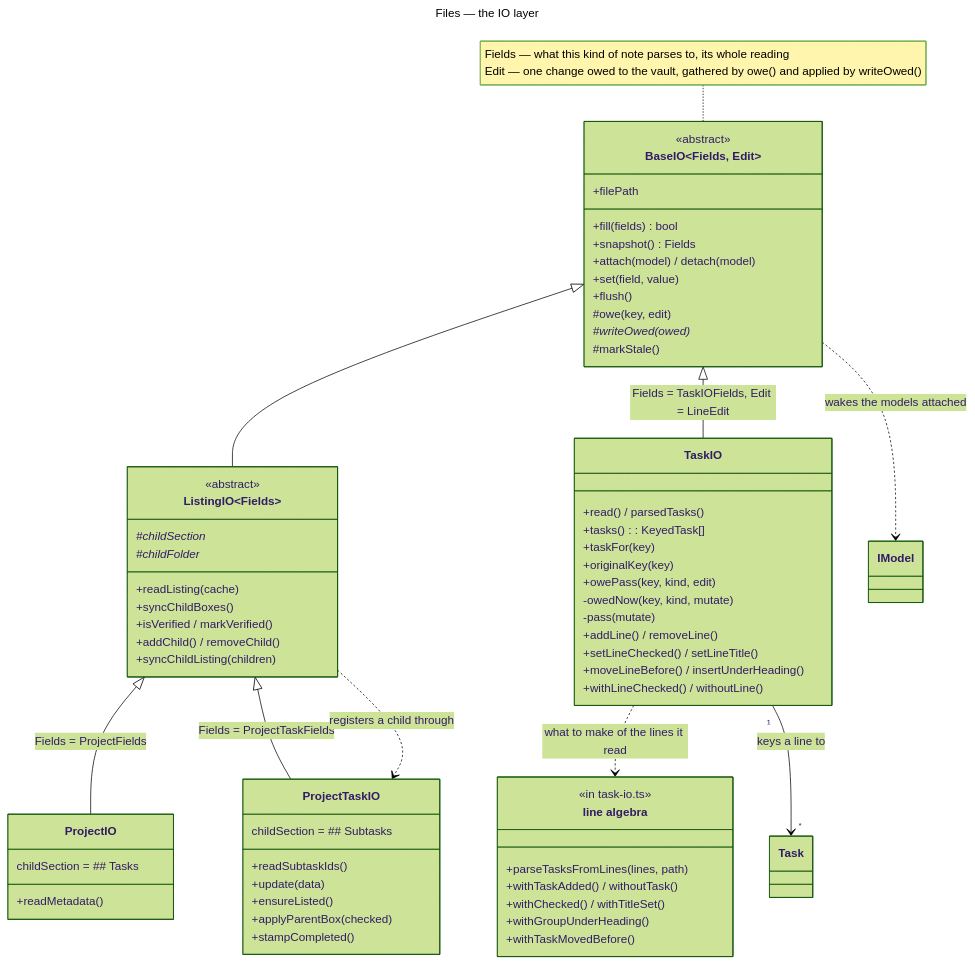
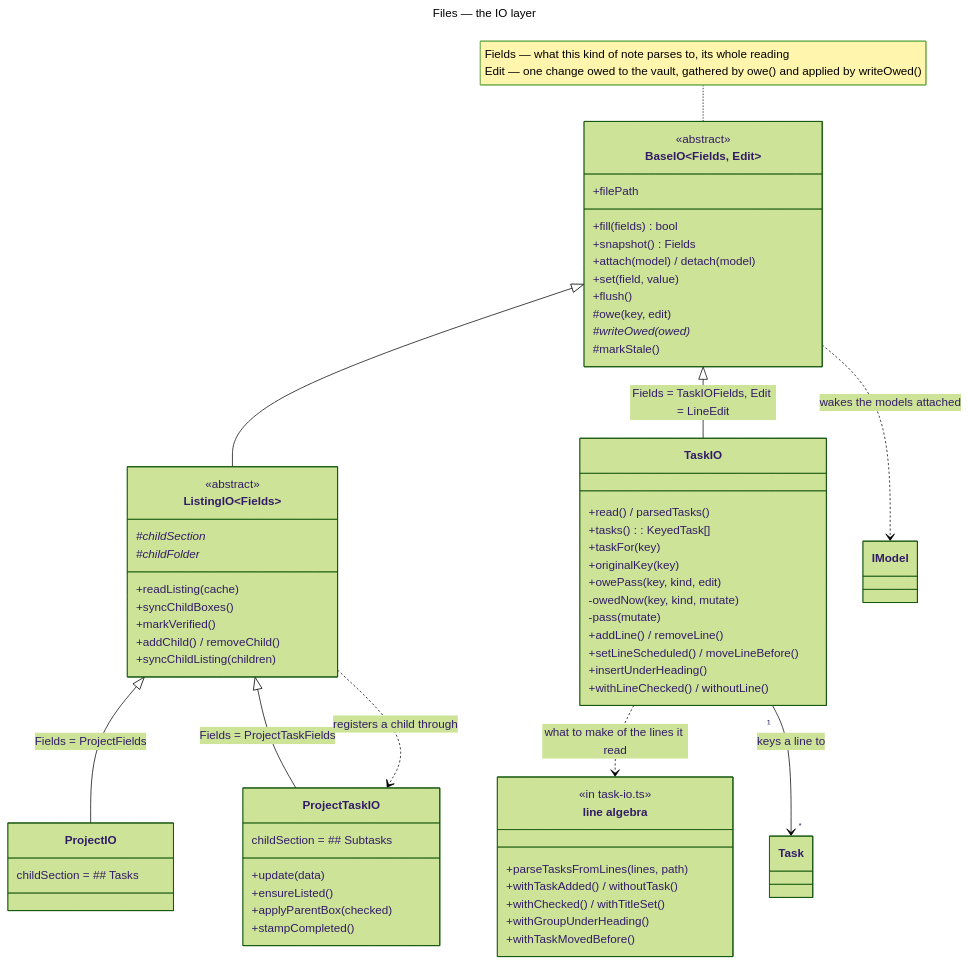
Before and after one commit to Laurent-Ferier/pm-compass: the diagram in docs/technical/diagrams/files.mmd, drawn with Mermaid (forest theme). The commit also changed 35 other files, not shown here.

```diff
--- a/docs/technical/diagrams/files.mmd
+++ b/docs/technical/diagrams/files.mmd
@@ -1,78 +1,76 @@
 ---
 title: Files — the IO layer
 ---
 classDiagram
   direction TB
 
   class BaseIO~Fields, Edit~ {
     <<abstract>>
     +filePath
     +fill(fields) bool
     +snapshot() Fields
     +attach(model) / detach(model)
     +set(field, value)
     +flush()
     #owe(key, edit)
     #writeOwed(owed)*
     #markStale()
   }
 
   class ListingIO~Fields~ {
     <<abstract>>
     +readListing(cache)
     +syncChildBoxes()
-    +isVerified / markVerified()
+    +markVerified()
     +addChild() / removeChild()
     +syncChildListing(children)
     #childSection*
     #childFolder*
   }
 
   class ProjectIO {
-    +readMetadata()
     childSection = ## Tasks
   }
 
   class ProjectTaskIO {
-    +readSubtaskIds()
     +update(data)
     +ensureListed()
     +applyParentBox(checked)
     +stampCompleted()
     childSection = ## Subtasks
   }
 
   class TaskIO {
     +read() / parsedTasks()
     +tasks(): KeyedTask[]
     +taskFor(key)
     +originalKey(key)
     +owePass(key, kind, edit)
     -owedNow(key, kind, mutate)
     -pass(mutate)
     +addLine() / removeLine()
-    +setLineChecked() / setLineTitle()
-    +moveLineBefore() / insertUnderHeading()
+    +setLineScheduled() / moveLineBefore()
+    +insertUnderHeading()
     +withLineChecked() / withoutLine()
   }
 
   class lineAlgebra["line algebra"] {
     <<in task-io.ts>>
     +parseTasksFromLines(lines, path)
     +withTaskAdded() / withoutTask()
     +withChecked() / withTitleSet()
     +withGroupUnderHeading()
     +withTaskMovedBefore()
   }
 
   note for BaseIO "Fields — what this kind of note parses to, its whole reading<br/>Edit — one change owed to the vault, gathered by owe() and applied by writeOwed()"
 
   BaseIO <|-- ListingIO
   BaseIO <|-- TaskIO : Fields = TaskIOFields, Edit = LineEdit
   ListingIO <|-- ProjectIO : Fields = ProjectFields
   ListingIO <|-- ProjectTaskIO : Fields = ProjectTaskFields
 
   BaseIO ..> IModel : wakes the models attached
   ListingIO ..> ProjectTaskIO : registers a child through
   TaskIO ..> lineAlgebra : what to make of the lines it read
   TaskIO "1" --> "*" Task : keys a line to
```
